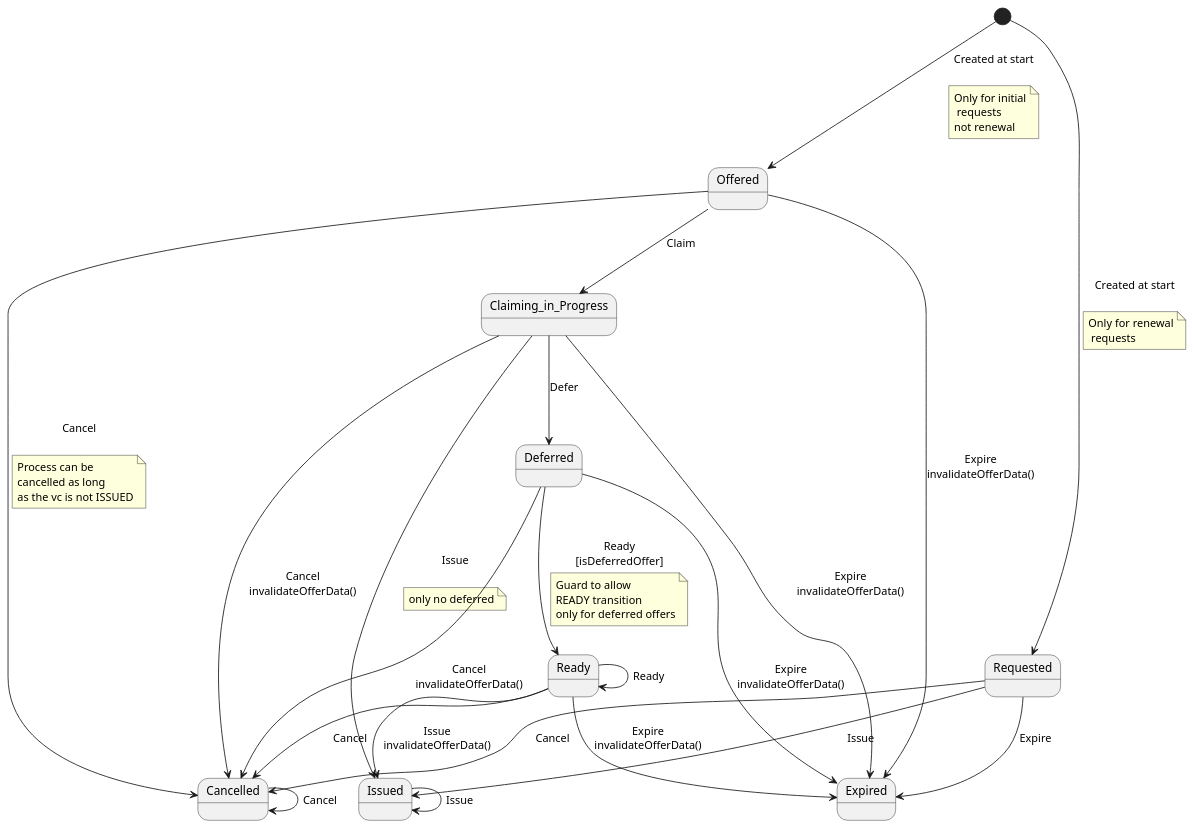
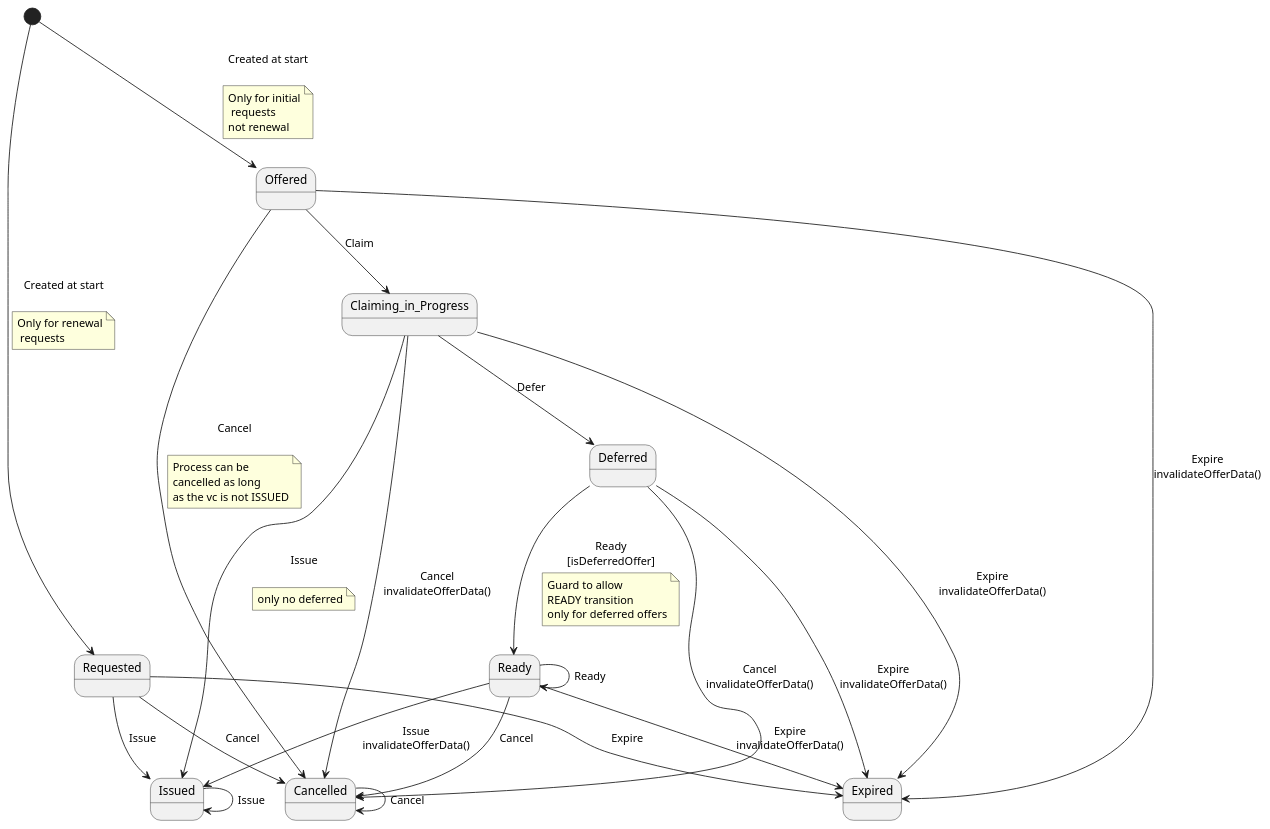
Before and after one commit to swiyu-admin-ch/swiyu-issuer: the diagram in issuer-service/src/main/resources/plantuml/credentialOfferStateMachine.puml, drawn with PlantUML. The commit also changed other lines of this file and 5 other files, not shown here.

```diff
--- a/issuer-service/src/main/resources/plantuml/credentialOfferStateMachine.puml
+++ b/issuer-service/src/main/resources/plantuml/credentialOfferStateMachine.puml
@@ -1,58 +1,58 @@
 @startuml
-state Issued
 state Deferred
+state Expired
+state Requested
 state Ready
 state Claiming_in_Progress
+state Issued
 state Cancelled
 state Offered
-state Requested
-state Expired
 [*] --> Offered : Created at start\n
 note on link
 Only for initial
  requests
 not renewal
 end note
 
 [*] --> Requested : Created at start\n
 note on link
 Only for renewal
  requests
 end note
 
 Requested --> Issued : Issue
 Requested --> Cancelled : Cancel
 Requested --> Expired : Expire
 Offered --> Cancelled : Cancel\n
 note on link
 Process can be
 cancelled as long
 as the vc is not ISSUED
 end note
 
 Offered --> Expired : Expire\ninvalidateOfferData()
 Offered --> Claiming_in_Progress : Claim
 Claiming_in_Progress --> Expired : Expire\ninvalidateOfferData()
 Claiming_in_Progress --> Deferred : Defer
 Claiming_in_Progress --> Issued : Issue\n
 note on link
 only no deferred
 end note
 
 Claiming_in_Progress --> Cancelled : Cancel\ninvalidateOfferData()
 Deferred --> Ready : Ready\n[isDeferredOffer]
 note on link
 Guard to allow
 READY transition
 only for deferred offers
 end note
 
 Deferred --> Expired : Expire\ninvalidateOfferData()
 Deferred --> Cancelled : Cancel\ninvalidateOfferData()
 Ready --> Issued : Issue\ninvalidateOfferData()
 Ready --> Expired : Expire\ninvalidateOfferData()
 Ready --> Cancelled : Cancel
 Ready --> Ready : Ready
 Issued --> Issued : Issue
 Cancelled --> Cancelled : Cancel
 @enduml
```
